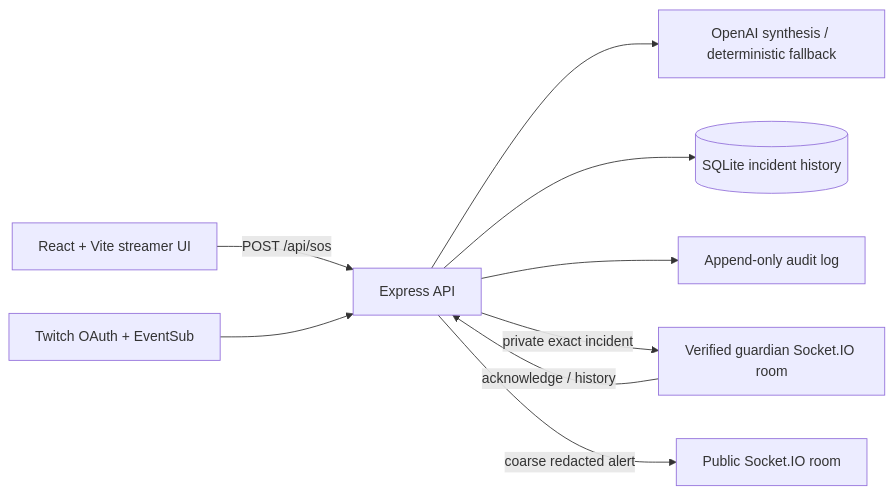
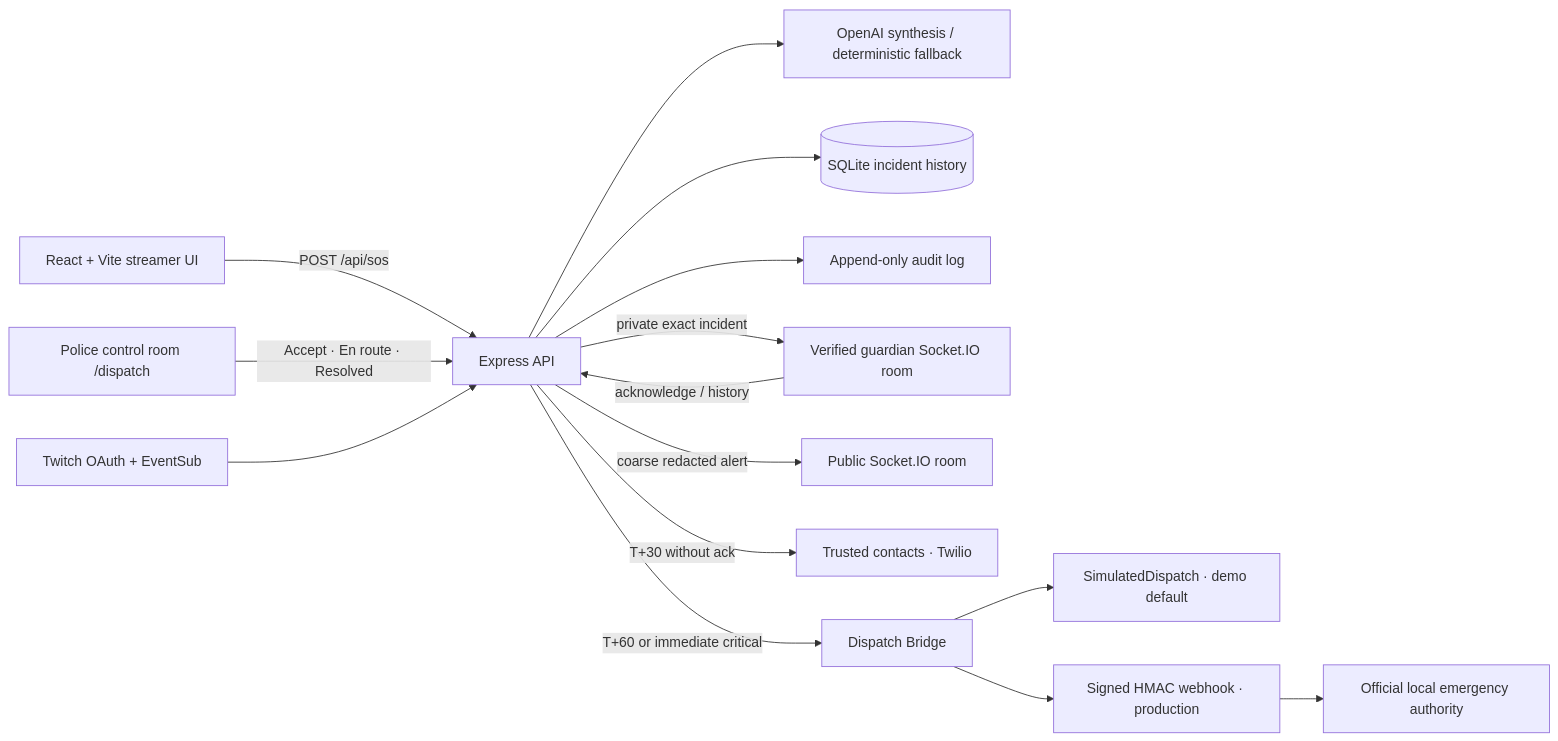
The diagram in README.md (THISHA-SAMPATH/FULE-Futuristic-Use-of-Live-Entertainment), drawn with Mermaid before and after one commit. The commit also changed other lines of this file and 22 other files, not shown here.

Commit message:
feat(dispatch): emergency services dispatch bridge, tiered escalation, trusted contacts, simulated police control room, one-tap 112

````diff
--- a/README.md
+++ b/README.md
@@ -9,11 +9,17 @@
 ```mermaid
 flowchart LR
   Streamer[React + Vite streamer UI] -->|POST /api/sos| API[Express API]
   API --> Synth[OpenAI synthesis / deterministic fallback]
   API --> DB[(SQLite incident history)]
   API --> Audit[Append-only audit log]
   API -->|private exact incident| Guardians[Verified guardian Socket.IO room]
   API -->|coarse redacted alert| Public[Public Socket.IO room]
+  API -->|T+30 without ack| Twilio[Trusted contacts · Twilio]
+  API -->|T+60 or immediate critical| Bridge[Dispatch Bridge]
+  Bridge --> Sim[SimulatedDispatch · demo default]
+  Bridge --> Webhook[Signed HMAC webhook · production]
+  Webhook --> Authority[Official local emergency authority]
+  Dispatch[Police control room /dispatch] -->|Accept · En route · Resolved| API
   Twitch[Twitch OAuth + EventSub] --> API
   Guardians -->|acknowledge / history| API
 ```
````
